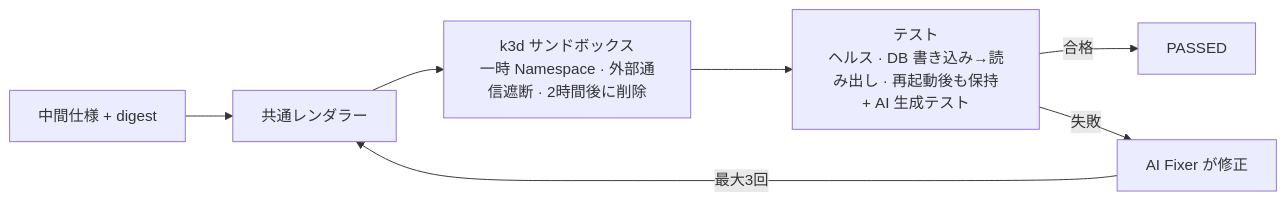
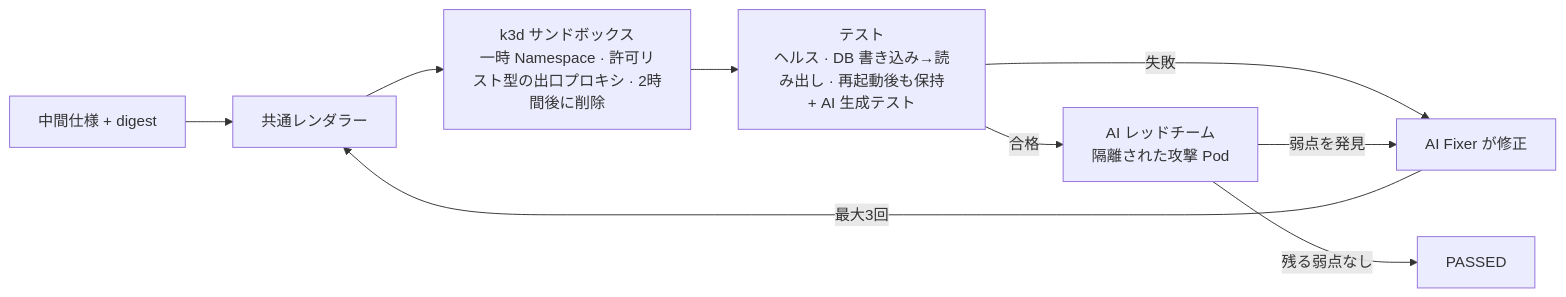
One commit to SoftBank-Hackathon-2026-Team-Jackal/cloud-migration-platform changed the fourth of 9 diagrams in README.ja.md. Above: the diagram before and after it, drawn with Mermaid. The commit also changed other lines of this file and 2 other files, not shown here.

````diff
--- a/README.ja.md
+++ b/README.ja.md
@@ -108,8 +126,10 @@
 ```mermaid
 flowchart LR
   REQ[中間仕様 + digest] --> RD[共通レンダラー]
-  RD --> K3D[k3d サンドボックス<br/>一時 Namespace · 外部通信遮断 · 2時間後に削除]
+  RD --> K3D[k3d サンドボックス<br/>一時 Namespace · 許可リスト型の出口プロキシ · 2時間後に削除]
   K3D --> T[テスト<br/>ヘルス · DB 書き込み→読み出し · 再起動後も保持<br/>+ AI 生成テスト]
-  T -->|合格| OK[PASSED]
   T -->|失敗| FX[AI Fixer が修正] -->|最大3回| RD
+  T -->|合格| RT[AI レッドチーム<br/>隔離された攻撃 Pod]
+  RT -->|弱点を発見| FX
+  RT -->|残る弱点なし| OK[PASSED]
 ```
````
